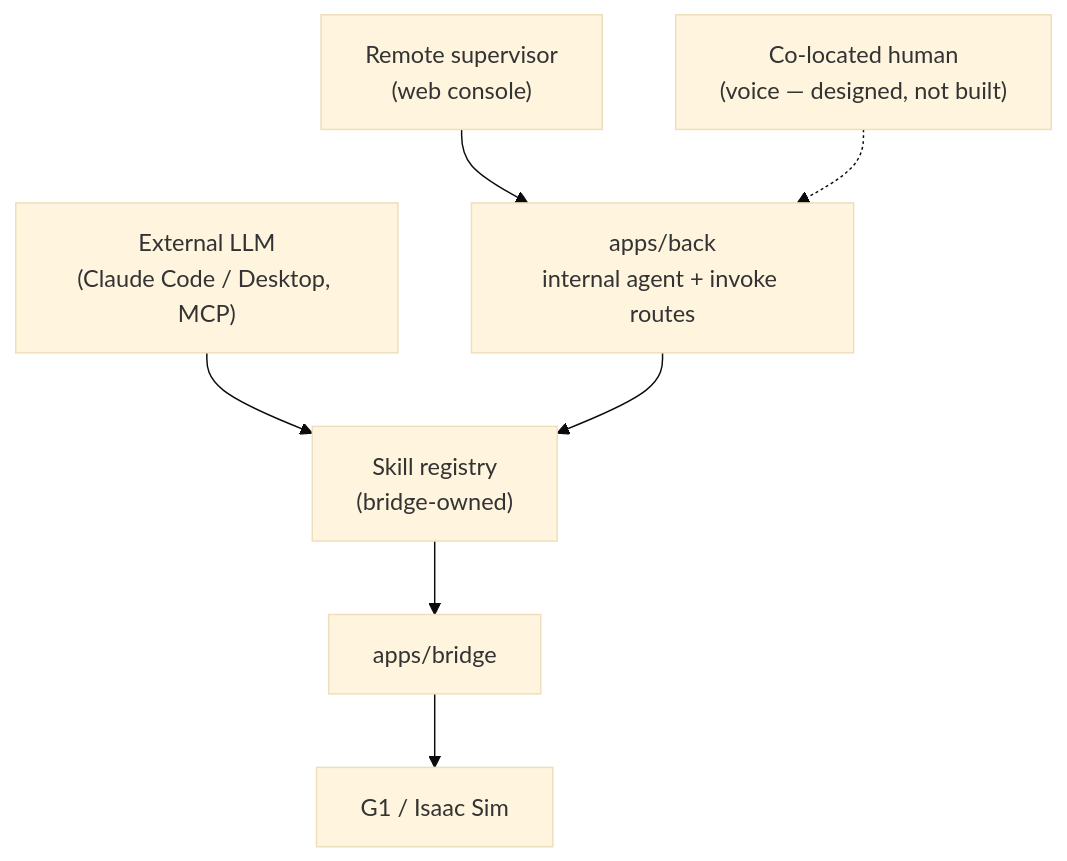
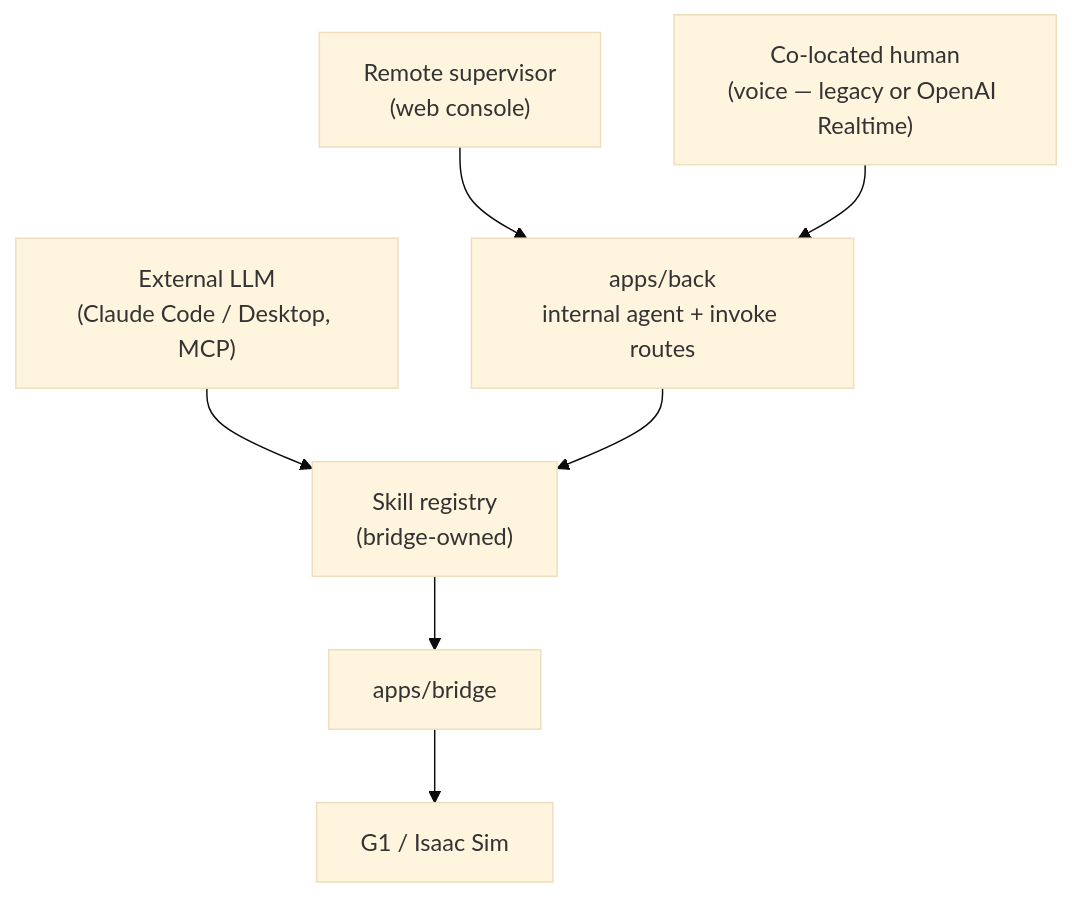
One commit to mercho40/C3PO changed the second of 2 diagrams in docs/ARCHITECTURE.md. Above: the diagram before and after it, drawn with Mermaid (base theme). The commit also changed other lines of this file and 52 other files, not shown here.

Commit message:
feat: integrate robot bring-up and realtime voice

````diff
--- a/docs/ARCHITECTURE.md
+++ b/docs/ARCHITECTURE.md
@@ -132,8 +132,8 @@
 ```mermaid
 flowchart TD
   HUMAN["Remote supervisor<br/>(web console)"] --> BACKD["apps/back<br/>internal agent + invoke routes"]
   LLM["External LLM<br/>(Claude Code / Desktop, MCP)"] --> REG
-  VOICE["Co-located human<br/>(voice — designed, not built)"] -.-> BACKD
+  VOICE["Co-located human<br/>(voice — legacy or OpenAI Realtime)"] --> BACKD
   BACKD --> REG["Skill registry<br/>(bridge-owned)"]
   REG --> BRIDGE["apps/bridge"] --> ROBOT["G1 / Isaac Sim"]
 ```
````
